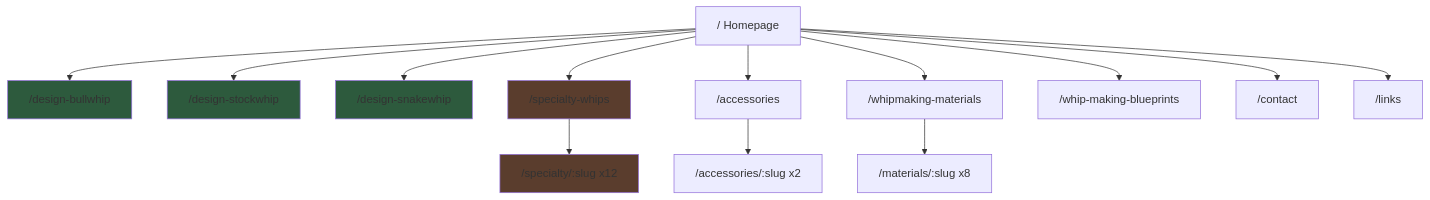
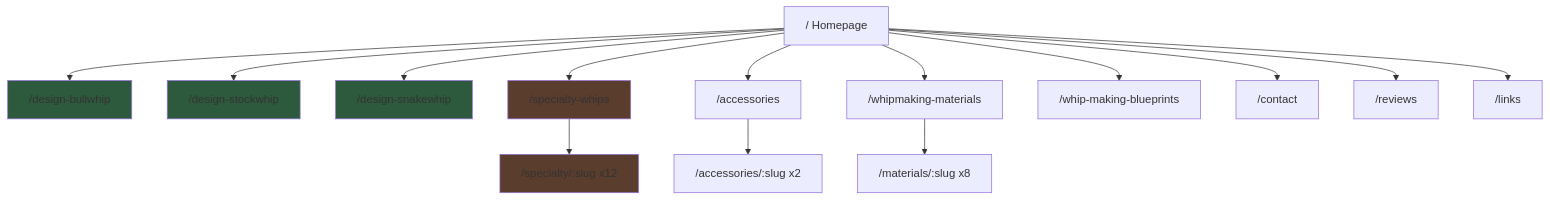
One commit to atfieldson/whipworks.com changed the first of 7 diagrams in architecture.md. Above: the diagram before and after it, drawn with Mermaid. The commit also changed other lines of this file and 1 other file, not shown here.

First line of the commit message:
docs: add Phase 10 (Customer Reviews) to project plan and architecture

````diff
--- a/architecture.md
+++ b/architecture.md
@@ -8,22 +8,23 @@
 ```mermaid
 graph TD
     HOME["/  Homepage"] --> DESIGN_BW["/design-bullwhip"]
     HOME --> DESIGN_SW["/design-stockwhip"]
     HOME --> DESIGN_SN["/design-snakewhip"]
     HOME --> SPECIALTY["/specialty-whips"]
     HOME --> ACCESSORIES["/accessories"]
     HOME --> MATERIALS["/whipmaking-materials"]
     HOME --> BLUEPRINTS["/whip-making-blueprints"]
     HOME --> CONTACT["/contact"]
+    HOME --> REVIEWS["/reviews"]
     HOME --> LINKS["/links"]
 
     SPECIALTY --> SPEC_DETAIL["/specialty/:slug  x12"]
     ACCESSORIES --> ACC_DETAIL["/accessories/:slug  x2"]
     MATERIALS --> MAT_DETAIL["/materials/:slug  x8"]
 
     style DESIGN_BW fill:#2d5a3d
     style DESIGN_SW fill:#2d5a3d
     style DESIGN_SN fill:#2d5a3d
     style SPECIALTY fill:#5a3d2d
     style SPEC_DETAIL fill:#5a3d2d
 ```
````
